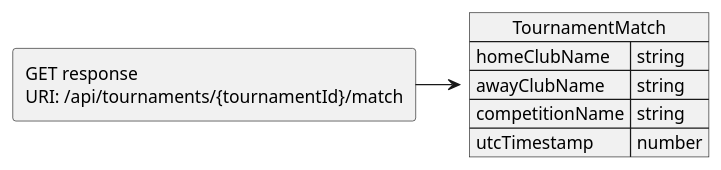
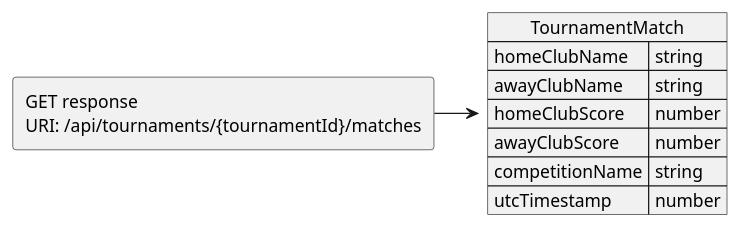
The diagram in docs/JSON Contracts/Responses/GetTournamentMatch.puml (JKMN-Projects/TeamTactics), drawn with PlantUML before and after one commit. The commit also changed 4 other files, not shown here.

```diff
--- a/docs/JSON Contracts/Responses/GetTournamentMatch.puml
+++ b/docs/JSON Contracts/Responses/GetTournamentMatch.puml
@@ -1,13 +1,15 @@
 @startuml Get tournament match response
 allowmixing
 
-agent "GET response \nURI: /api/tournaments/{tournamentId}/match"
+agent "GET response \nURI: /api/tournaments/{tournamentId}/matches"
   json "TournamentMatch" as J {
     "homeClubName": "string",
     "awayClubName": "string",
+    "homeClubScore": "number",
+    "awayClubScore": "number",
     "competitionName": "string",
     "utcTimestamp": "number"
   }
 
-"GET response \nURI: /api/tournaments/{tournamentId}/match" -> J 
+"GET response \nURI: /api/tournaments/{tournamentId}/matches" -> J 
 @enduml
```
